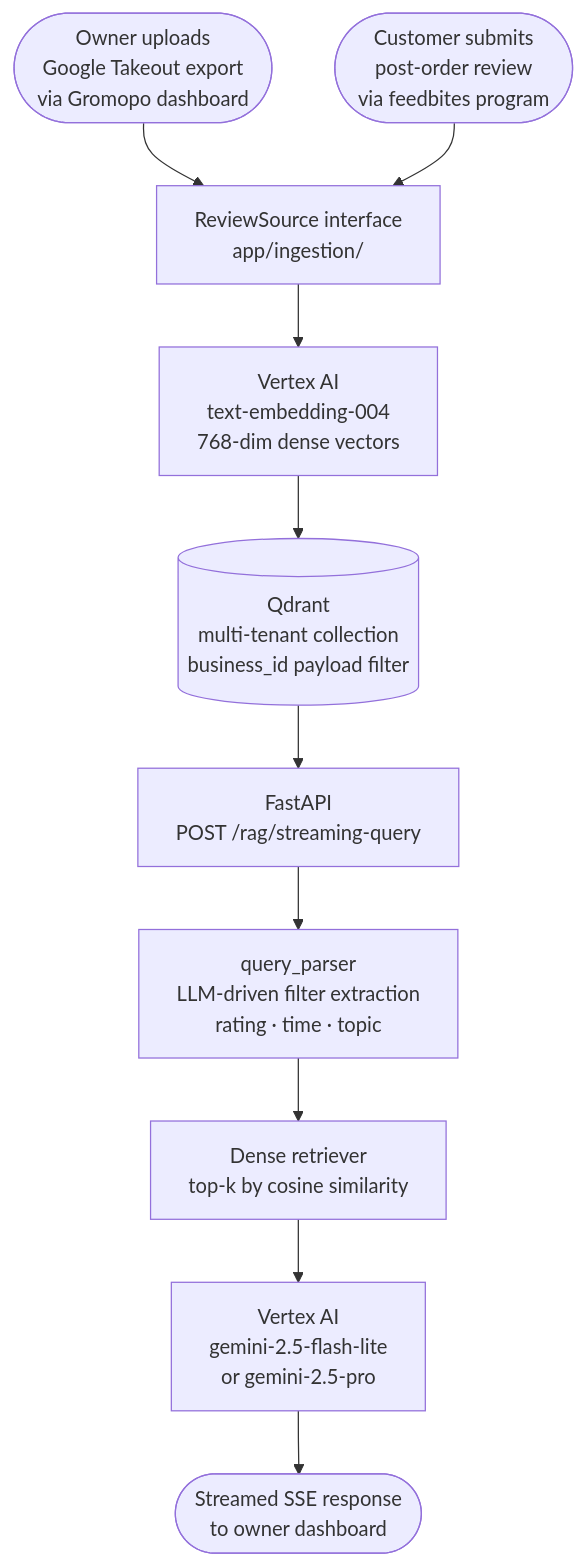
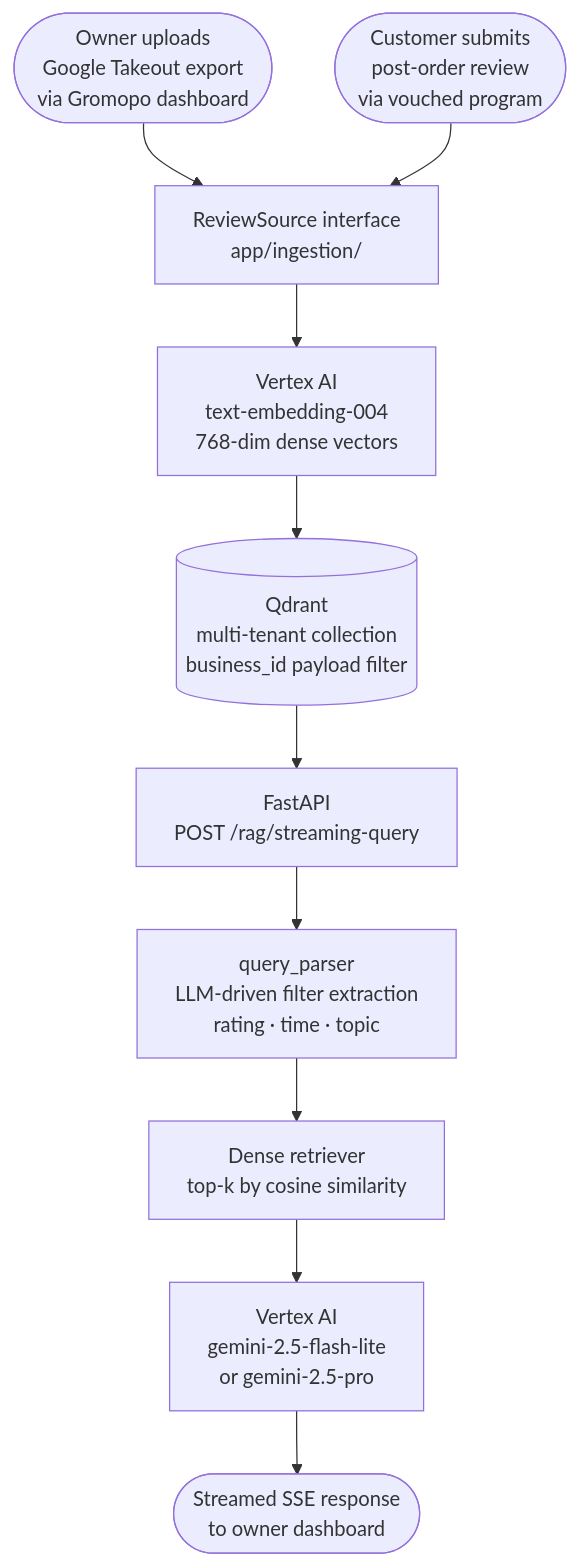
The diagram in README.md (gromopo-tech/chat), drawn with Mermaid before and after one commit. The commit also changed other lines of this file and 1 other file, not shown here.

````diff
--- a/README.md
+++ b/README.md
@@ -11,12 +11,12 @@
 ```mermaid
 flowchart TD
     A([Owner uploads<br/>Google Takeout export<br/>via Gromopo dashboard]) --> C
-    B([Customer submits<br/>post-order review<br/>via feedbites program]) --> C
+    B([Customer submits<br/>post-order review<br/>via vouched program]) --> C
     C[ReviewSource interface<br/>app/ingestion/] --> D[Vertex AI<br/>text-embedding-004<br/>768-dim dense vectors]
     D --> E[(Qdrant<br/>multi-tenant collection<br/>business_id payload filter)]
     E --> F[FastAPI<br/>POST /rag/streaming-query]
     F --> G[query_parser<br/>LLM-driven filter extraction<br/>rating · time · topic]
     G --> H[Dense retriever<br/>top-k by cosine similarity]
     H --> I[Vertex AI<br/>gemini-2.5-flash-lite<br/>or gemini-2.5-pro]
     I --> J([Streamed SSE response<br/>to owner dashboard])
 ```
````
